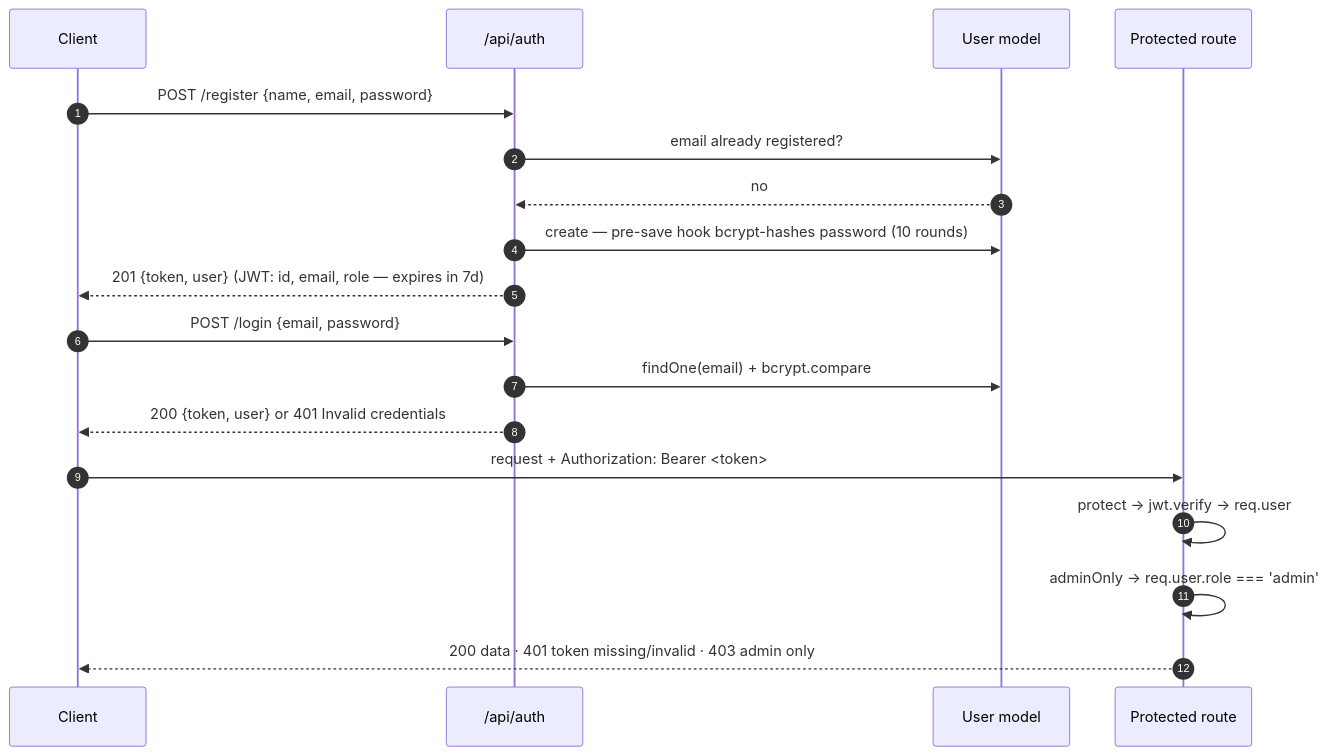
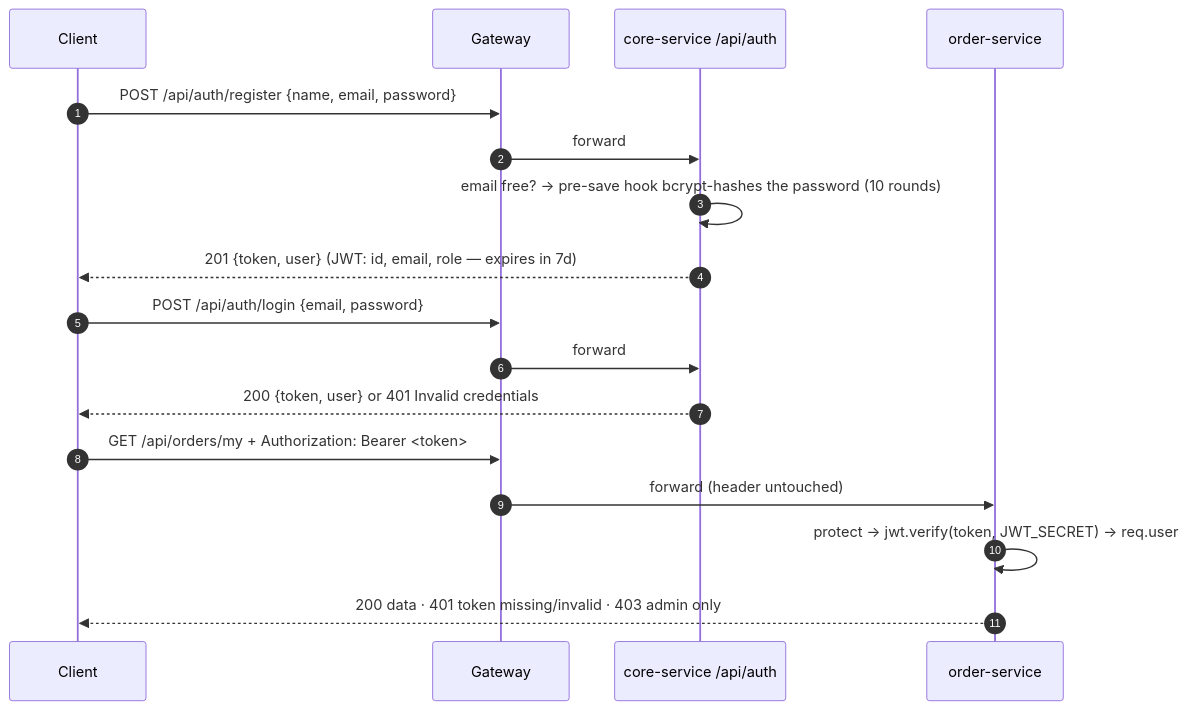
The fifth of 13 diagrams in README.md (abuiron/looksmatter_bc), drawn with Mermaid before and after one commit. The commit also changed other lines of this file and 26 other files, not shown here.

````diff
--- a/README.md
+++ b/README.md
@@ -222,23 +268,22 @@
 ```mermaid
 sequenceDiagram
     autonumber
     participant C as Client
-    participant A as /api/auth
-    participant U as User model
-    participant P as Protected route
+    participant G as Gateway
+    participant A as core-service /api/auth
+    participant O as order-service
 
-    C->>A: POST /register {name, email, password}
-    A->>U: email already registered?
-    U-->>A: no
-    A->>U: create — pre-save hook bcrypt-hashes password (10 rounds)
+    C->>G: POST /api/auth/register {name, email, password}
+    G->>A: forward
+    A->>A: email free? → pre-save hook bcrypt-hashes the password (10 rounds)
     A-->>C: 201 {token, user}  (JWT: id, email, role — expires in 7d)
 
-    C->>A: POST /login {email, password}
-    A->>U: findOne(email) + bcrypt.compare
+    C->>G: POST /api/auth/login {email, password}
+    G->>A: forward
     A-->>C: 200 {token, user}  or  401 Invalid credentials
 
-    C->>P: request + Authorization: Bearer <token>
-    P->>P: protect → jwt.verify → req.user
-    P->>P: adminOnly → req.user.role === 'admin'
-    P-->>C: 200 data · 401 token missing/invalid · 403 admin only
+    C->>G: GET /api/orders/my + Authorization: Bearer <token>
+    G->>O: forward (header untouched)
+    O->>O: protect → jwt.verify(token, JWT_SECRET) → req.user
+    O-->>C: 200 data · 401 token missing/invalid · 403 admin only
 ```
````
